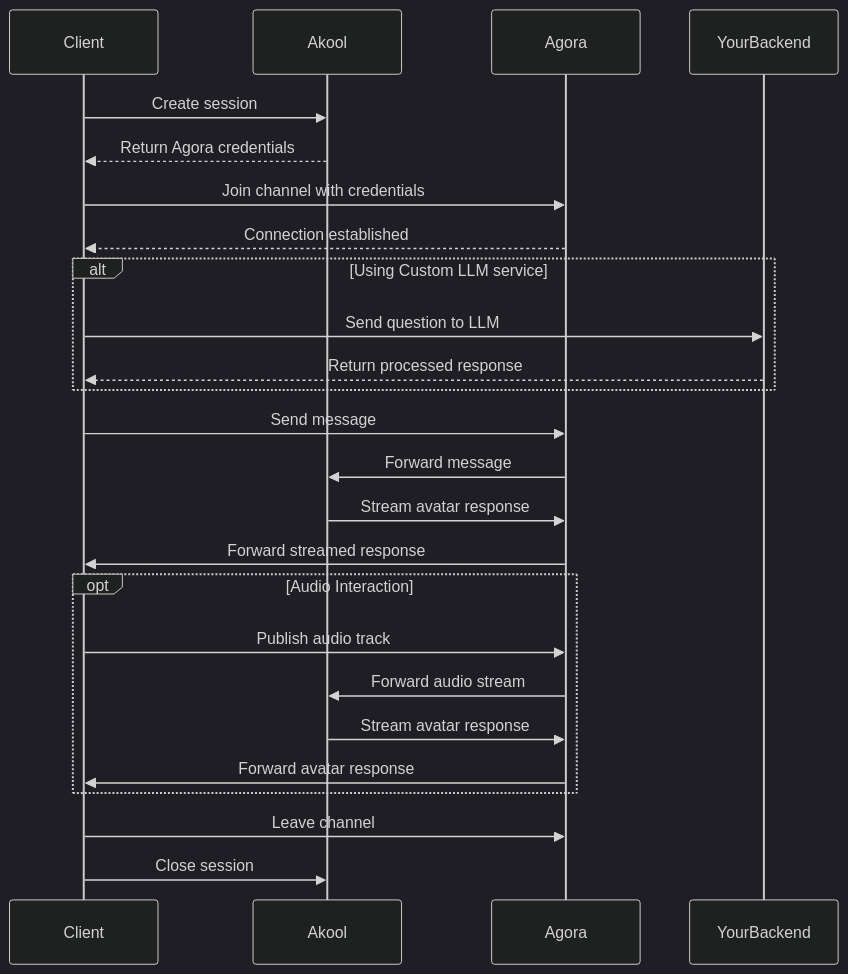
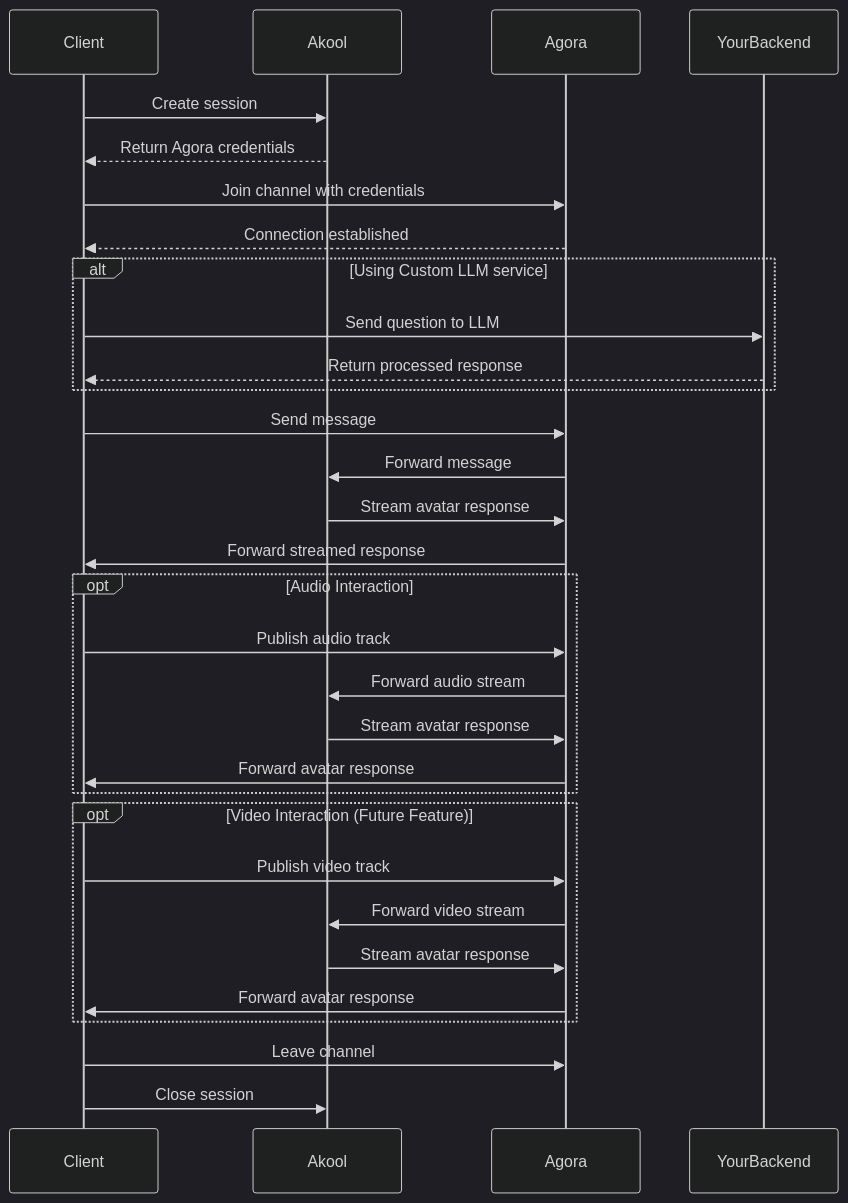
The diagram in implementation-guide/streaming-avatar.mdx (jinjuezhou/mintlify-docs), drawn with Mermaid (dark theme) before and after one commit. The commit also changed other lines of this file and 1 other file, not shown here.

Commit message:
feat: enhance live avatar API documentation and implementation guide using new streaming message protocal

````diff
--- a/implementation-guide/streaming-avatar.mdx
+++ b/implementation-guide/streaming-avatar.mdx
@@ -46,41 +54,49 @@
 ```mermaid
 sequenceDiagram
     participant Client
     participant Akool
     participant Agora
     participant YourBackend
 
     %% Session Creation
     Client->>Akool: Create session
     Akool-->>Client: Return Agora credentials
 
     %% Agora Connection
     Client->>Agora: Join channel with credentials
     Agora-->>Client: Connection established
 
     %% Optional LLM Integration
     alt Using Custom LLM service
         Client->>YourBackend: Send question to LLM
         YourBackend-->>Client: Return processed response
     end
 
     %% Message Flow
     Client->>Agora: Send message
     Agora->>Akool: Forward message
     
     %% Response Flow
     Akool->>Agora: Stream avatar response
     Agora->>Client: Forward streamed response
 
     %% Audio Flow (Optional)
     opt Audio Interaction
         Client->>Agora: Publish audio track
         Agora->>Akool: Forward audio stream
         Akool->>Agora: Stream avatar response
         Agora->>Client: Forward avatar response
     end
 
+    %% Video Flow (Coming Soon)
+    opt Video Interaction (Future Feature)
+        Client->>Agora: Publish video track
+        Agora->>Akool: Forward video stream
+        Akool->>Agora: Stream avatar response
+        Agora->>Client: Forward avatar response
+    end
+
     %% Cleanup
     Client->>Agora: Leave channel
     Client->>Akool: Close session
 ```
````
